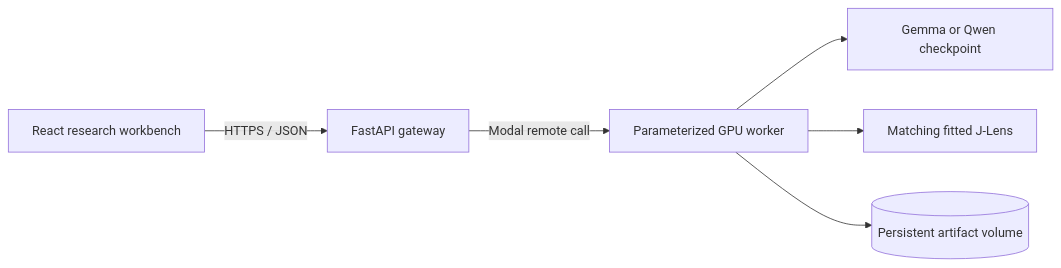
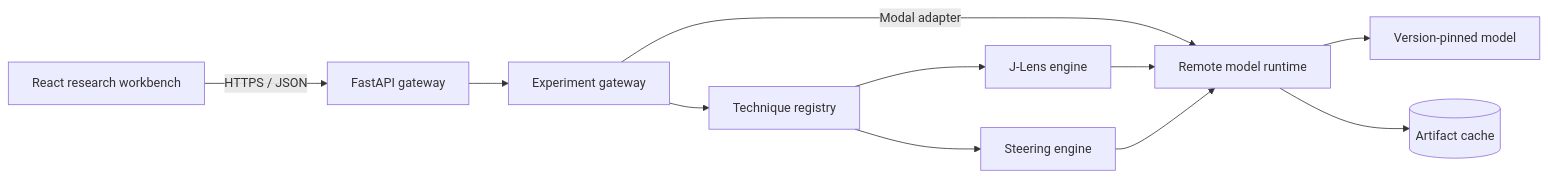
Before and after one commit to perfect7613/open-silico: the diagram in README.md, drawn with Mermaid. The commit also changed other lines of this file and 54 other files, not shown here.

````diff
--- a/README.md
+++ b/README.md
@@ -41,8 +43,13 @@
 ```mermaid
 flowchart LR
     UI[React research workbench] -->|HTTPS / JSON| API[FastAPI gateway]
-    API -->|Modal remote call| W[Parameterized GPU worker]
-    W --> M[Gemma or Qwen checkpoint]
-    W --> L[Matching fitted J-Lens]
-    W --> V[(Persistent artifact volume)]
+    API --> E[Experiment gateway]
+    E --> T[Technique registry]
+    E -->|Modal adapter| R[Remote model runtime]
+    T --> J[J-Lens engine]
+    T --> S[Steering engine]
+    J --> R
+    S --> R
+    R --> M[Version-pinned model]
+    R --> V[(Artifact cache)]
 ```
````
